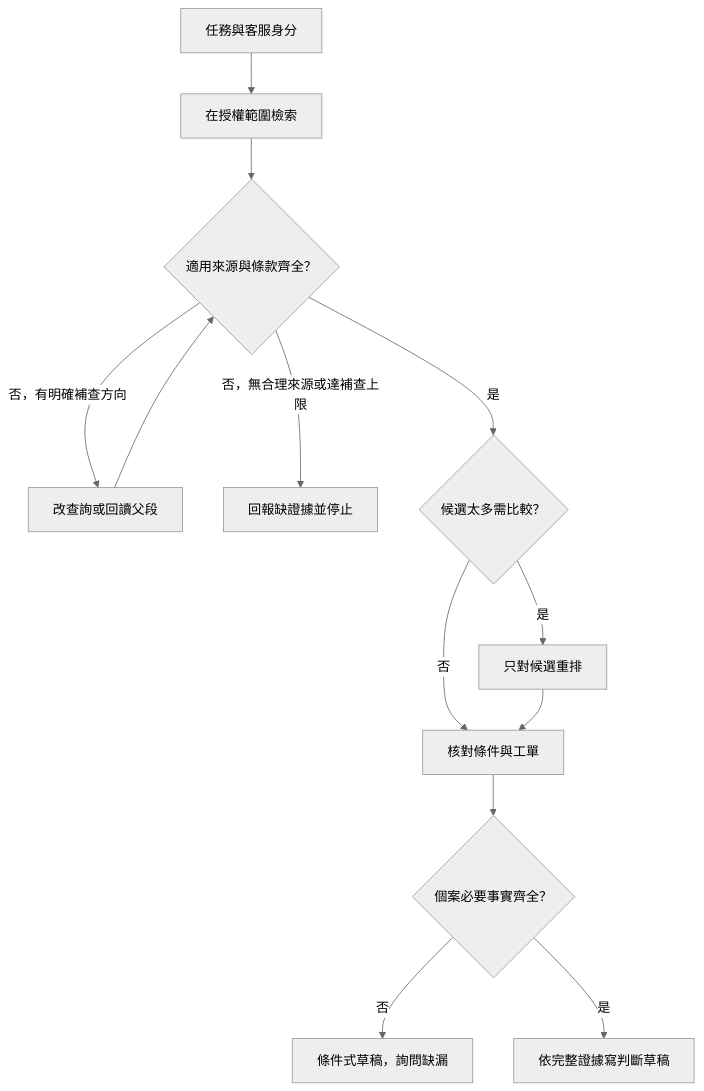
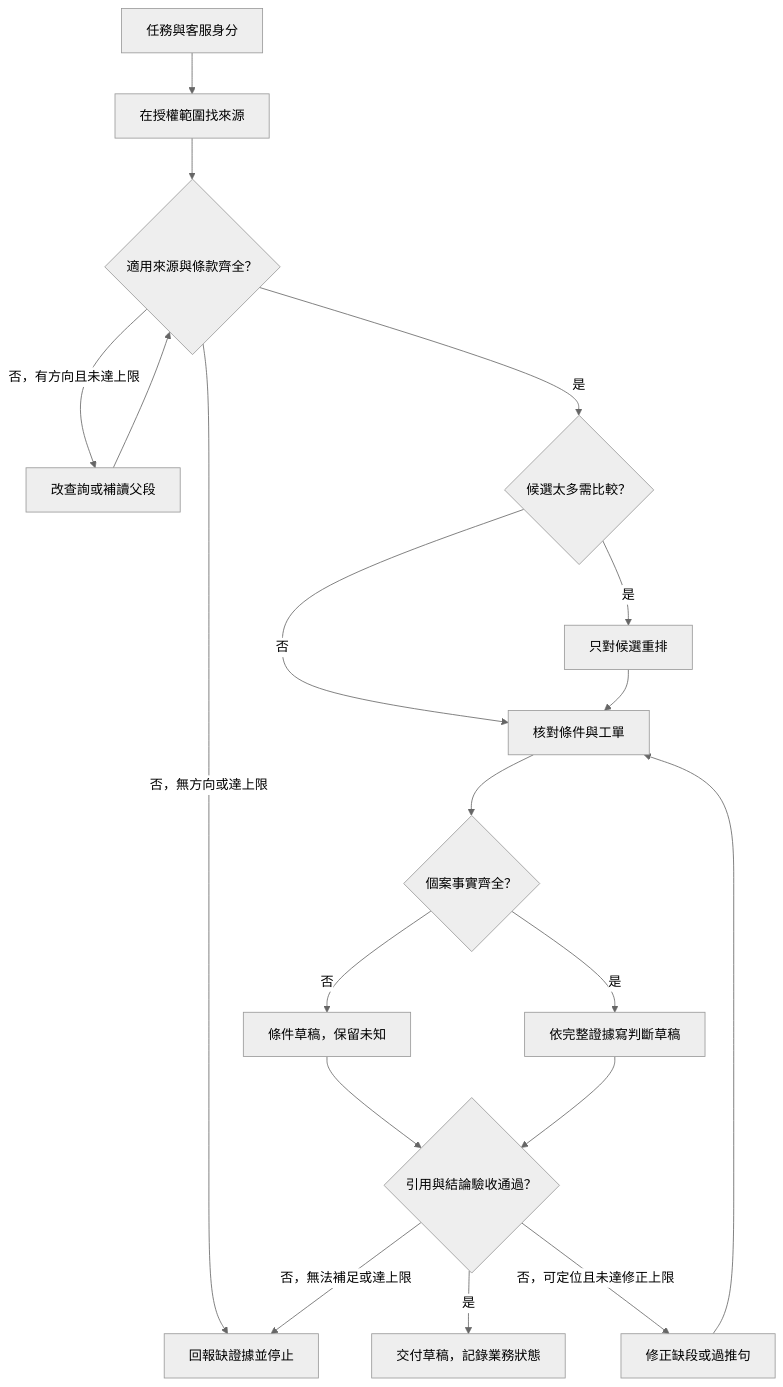
Before and after one commit to easyvibecoding/Agent-Engineering: the diagram in chapters/knowledge/05-retrieval-and-rag/lesson.md, drawn with Mermaid (neutral theme). The commit also changed other lines of this file and 134 other files, not shown here.

````diff
--- a/chapters/knowledge/05-retrieval-and-rag/lesson.md
+++ b/chapters/knowledge/05-retrieval-and-rag/lesson.md
@@ -134,15 +97,21 @@
 ```mermaid
 flowchart TD
-    A[任務與客服身分] --> B[在授權範圍檢索]
+    A[任務與客服身分] --> B[在授權範圍找來源]
     B --> C{適用來源與條款齊全？}
-    C -- 否，有明確補查方向 --> D[改查詢或回讀父段]
+    C -- 否，有方向且未達上限 --> D[改查詢或補讀父段]
     D --> C
-    C -- 否，無合理來源或達補查上限 --> E[回報缺證據並停止]
+    C -- 否，無方向或達上限 --> E[回報缺證據並停止]
     C -- 是 --> F{候選太多需比較？}
     F -- 是 --> G[只對候選重排]
     F -- 否 --> H[核對條件與工單]
     G --> H
-    H --> I{個案必要事實齊全？}
-    I -- 否 --> J[條件式草稿，詢問缺漏]
+    H --> I{個案事實齊全？}
+    I -- 否 --> J[條件草稿，保留未知]
     I -- 是 --> K[依完整證據寫判斷草稿]
+    J --> L{引用與結論驗收通過？}
+    K --> L
+    L -- 是 --> M[交付草稿，記錄業務狀態]
+    L -- 否，可定位且未達修正上限 --> N[修正缺段或過推句]
+    N --> H
+    L -- 否，無法補足或達上限 --> E
 ```
````
